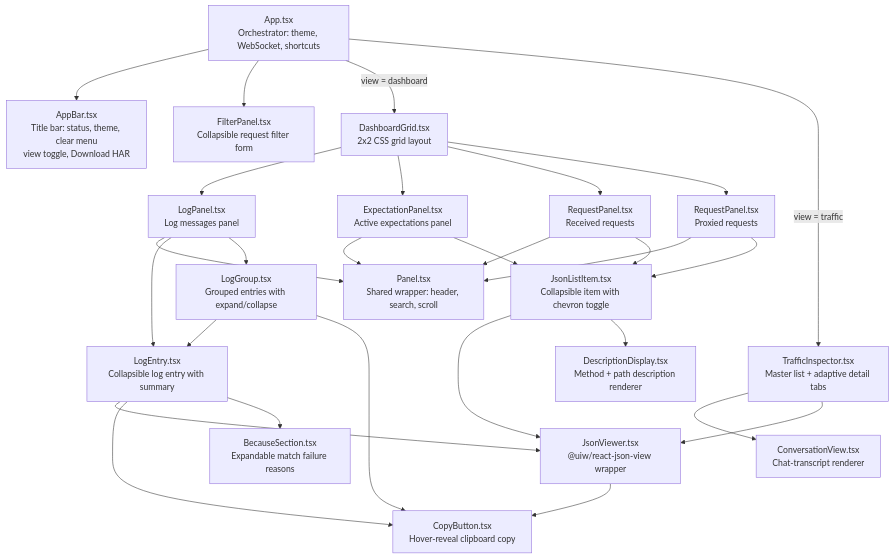
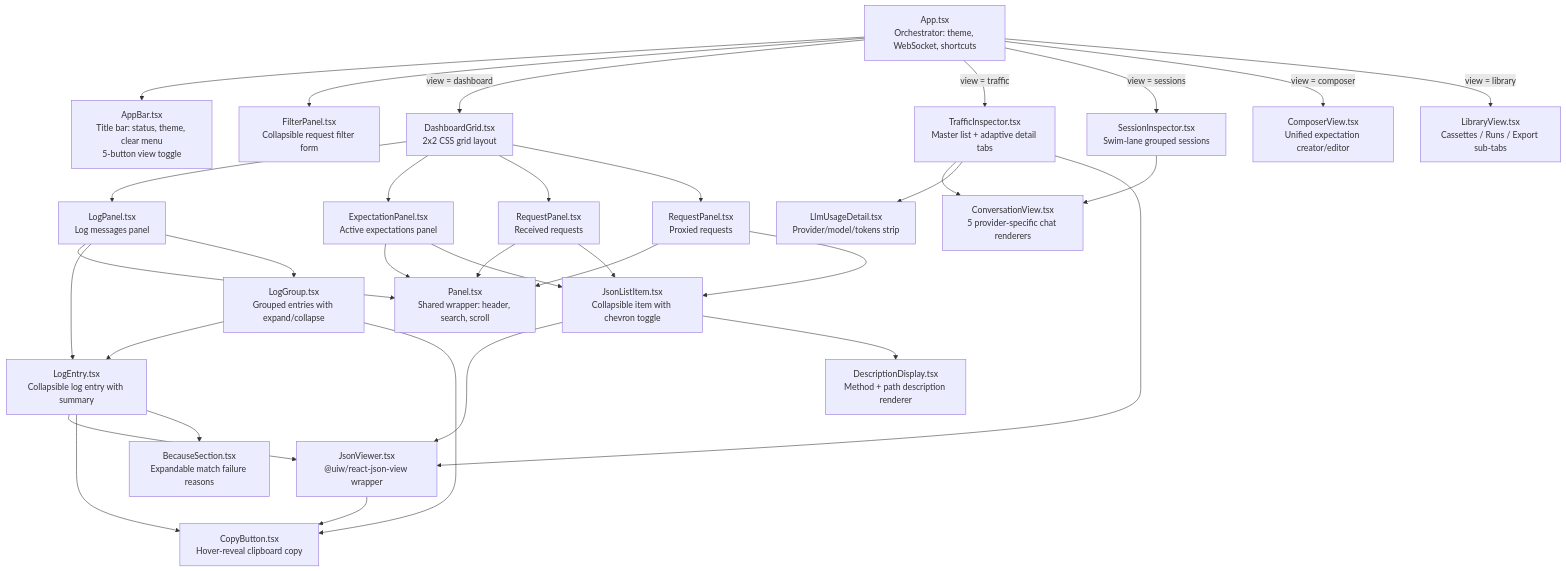
The sixth of 7 diagrams in docs/code/dashboard-ui.md (sean8601/mockserver-monorepo), drawn with Mermaid before and after one commit. The commit also changed other lines of this file and 35 other files, not shown here.

````diff
--- a/docs/code/dashboard-ui.md
+++ b/docs/code/dashboard-ui.md
@@ -236,68 +339,81 @@
 ```mermaid
 graph TB
     APP["App.tsx
 Orchestrator: theme, WebSocket, shortcuts"]
     AB["AppBar.tsx
 Title bar: status, theme, clear menu
-view toggle, Download HAR"]
+5-button view toggle"]
     FP["FilterPanel.tsx
 Collapsible request filter form"]
     DG["DashboardGrid.tsx
 2x2 CSS grid layout"]
     TI["TrafficInspector.tsx
 Master list + adaptive detail tabs"]
-    CV["ConversationView.tsx
-Chat-transcript renderer"]
+    SI["SessionInspector.tsx
+Swim-lane grouped sessions"]
+    CV["ComposerView.tsx
+Unified expectation creator/editor"]
+    LV["LibraryView.tsx
+Cassettes / Runs / Export sub-tabs"]
+    CVW["ConversationView.tsx
+5 provider-specific chat renderers"]
+    LUD["LlmUsageDetail.tsx
+Provider/model/tokens strip"]
     LP["LogPanel.tsx
 Log messages panel"]
     EP["ExpectationPanel.tsx
 Active expectations panel"]
     RP1["RequestPanel.tsx
 Received requests"]
     RP2["RequestPanel.tsx
 Proxied requests"]
     P["Panel.tsx
 Shared wrapper: header, search, scroll"]
     LE["LogEntry.tsx
 Collapsible log entry with summary"]
     LG["LogGroup.tsx
 Grouped entries with expand/collapse"]
     JLI["JsonListItem.tsx
 Collapsible item with chevron toggle"]
     JV["JsonViewer.tsx
 @uiw/react-json-view wrapper"]
     CB["CopyButton.tsx
 Hover-reveal clipboard copy"]
     DD["DescriptionDisplay.tsx
 Method + path description renderer"]
     BS["BecauseSection.tsx
 Expandable match failure reasons"]
 
     APP --> AB
     APP --> FP
     APP -->|view = dashboard| DG
     APP -->|view = traffic| TI
-    TI --> CV
+    APP -->|view = sessions| SI
+    APP -->|view = composer| CV
+    APP -->|view = library| LV
+    TI --> CVW
+    TI --> LUD
     TI --> JV
+    SI --> CVW
     DG --> LP
     DG --> EP
     DG --> RP1
     DG --> RP2
     LP --> P
     EP --> P
     RP1 --> P
     RP2 --> P
     LP --> LE
     LP --> LG
     LG --> LE
     EP --> JLI
     RP1 --> JLI
     RP2 --> JLI
     JLI --> JV
     JLI --> DD
     LE --> JV
     LE --> CB
     LE --> BS
     LG --> CB
     JV --> CB
 ```
````
